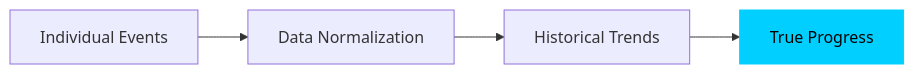
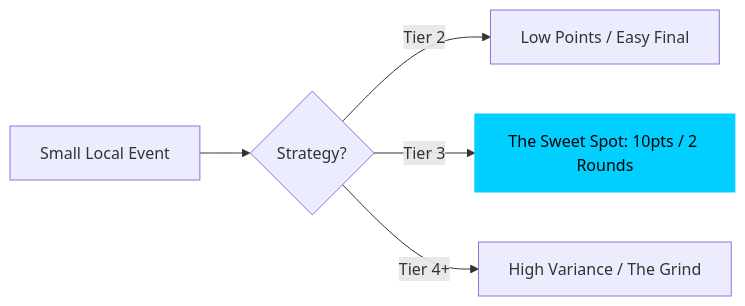
The second of 2 diagrams in content/posts/2026-04-18-why-finals-are-hard.md (arii/tech-dancer), drawn with Mermaid before and after one commit. The commit also changed other lines of this file, not shown here.

````diff
--- a/content/posts/2026-04-18-why-finals-are-hard.md
+++ b/content/posts/2026-04-18-why-finals-are-hard.md
@@ -49,7 +66,8 @@
 ```mermaid
 graph LR
-    A[Individual Events] --> B[Data Normalization]
-    B --> C[Historical Trends]
-    C --> D[True Progress]
+    A[Small Local Event] --> B{Strategy?}
+    B -->|Tier 2| C[Low Points / Easy Final]
+    B -->|Tier 3| D[The Sweet Spot: 10pts / 2 Rounds]
+    B -->|Tier 4+| E[High Variance / The Grind]
     style D fill:#00cfff,stroke:#00cfff,color:#000
 ```
````
